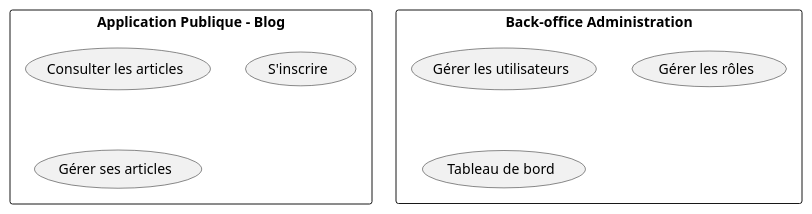
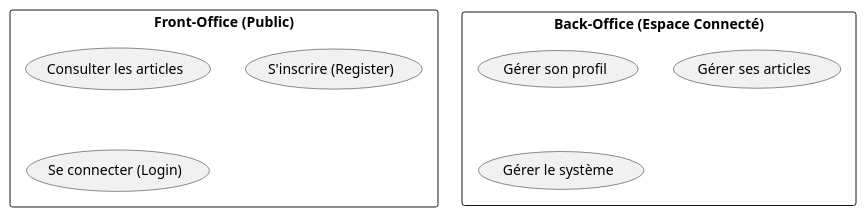
One commit to labs-web/projet-technique changed the fifth of 6 diagrams in .agent/skills/analyste-uml/resources/spec-cas-utilisation.md. Above: the diagram before and after it, drawn with PlantUML. The commit also changed other lines of this file and 2 other files, not shown here.

````diff
--- a/.agent/skills/analyste-uml/resources/spec-cas-utilisation.md
+++ b/.agent/skills/analyste-uml/resources/spec-cas-utilisation.md
@@ -186,15 +184,15 @@
 ```puml
-' Partie Publique (Frontend)
-rectangle "Application Publique - Blog" {
+' Partie Publique (Front-Office)
+rectangle "Front-Office (Public)" {
   usecase "Consulter les articles" as UC_Public1
-  usecase "S'inscrire" as UC_Public2
-  usecase "Gérer ses articles" as UC_Public3
+  usecase "S'inscrire (Register)" as UC_Public2
+  usecase "Se connecter (Login)" as UC_Public3
 }
 
-' Partie Administration (Back-office)
-rectangle "Back-office Administration" {
-  usecase "Gérer les utilisateurs" as UC_Admin1
-  usecase "Gérer les rôles" as UC_Admin2
-  usecase "Tableau de bord" as UC_Admin3
+' Partie Privée (Back-Office)
+rectangle "Back-Office (Espace Connecté)" {
+  usecase "Gérer son profil" as UC_User
+  usecase "Gérer ses articles" as UC_Author
+  usecase "Gérer le système" as UC_Admin
 }
 ```
````
